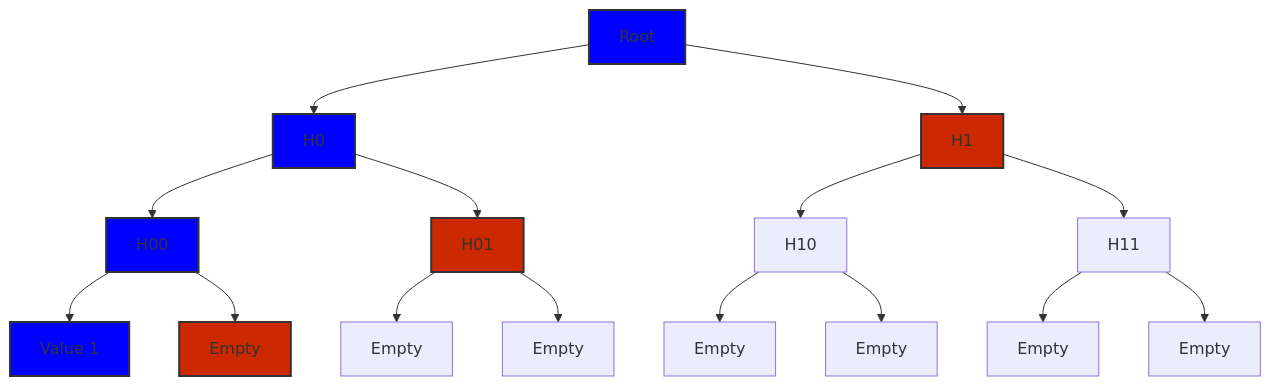
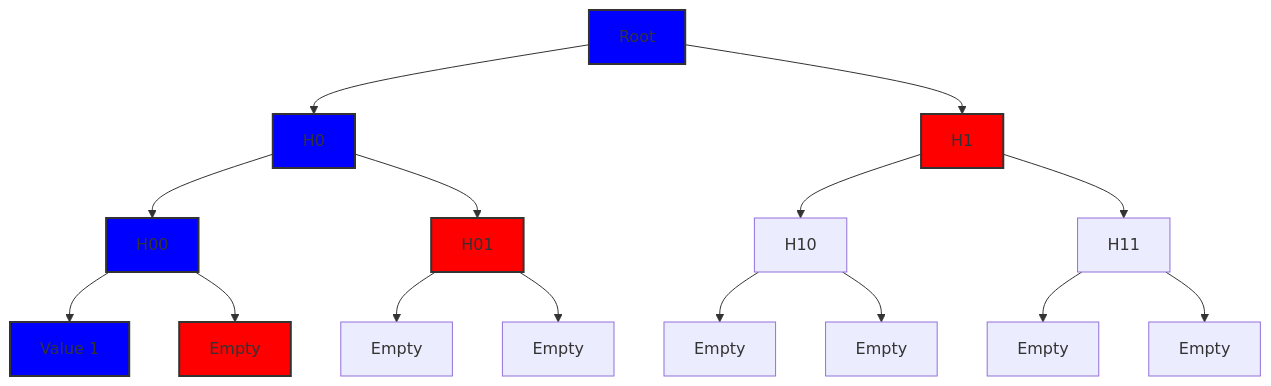
The first of 3 diagrams in store/README.md (rem1niscence/canopy), drawn with Mermaid before and after one commit. The commit also changed other lines of this file, not shown here.

Commit message:
feat: [in-progress] smt steps and mermaid inline test

````diff
--- a/store/README.md
+++ b/store/README.md
@@ -120,22 +120,22 @@
 ```mermaid
 graph TD
     Root --> H0
     Root --> H1
     H0 --> H00
     H0 --> H01
     H1 --> H10
     H1 --> H11
     H00 --> L0[Value 1]
     H00 --> L1[Empty]
     H01 --> L2[Empty]
     H01 --> L3[Empty]
     H10 --> L4[Empty]
     H10 --> L5[Empty]
     H11 --> L6[Empty]
     H11 --> L7[Empty]
 
     classDef highlight fill:#0000ff,stroke:#333,stroke-width:2px;
     class Root,H0,H00,L0 highlight;
-    classDef highlightSiblings fill:#cc2900,stroke:#333,stroke-width:2px;
+    classDef highlightSiblings fill:#ff0000,stroke:#333,stroke-width:2px;
     class H01,H1,L1 highlightSiblings;
 ```
````
